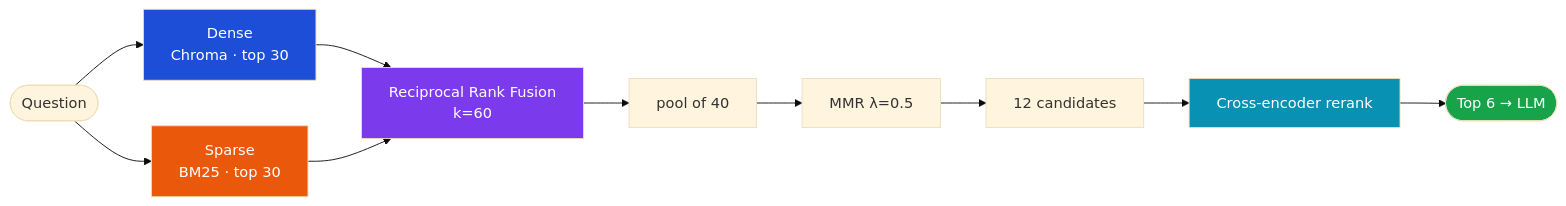
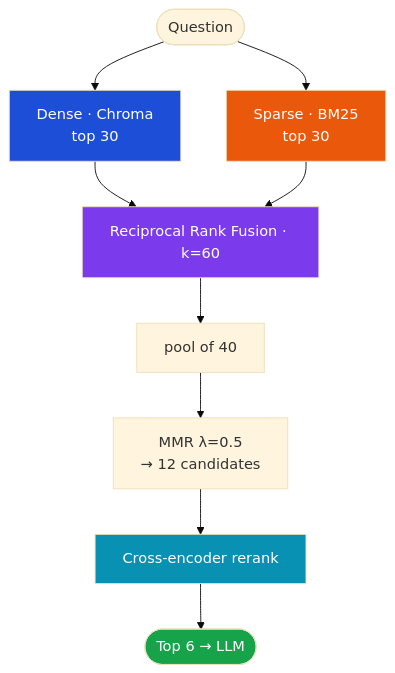
Before and after one commit to sairamsrujan/RepoMind: the first of 2 diagrams in README.md, drawn with Mermaid (base theme). The commit also changed other lines of this file and 12 other files, not shown here.

Commit message:
Redraw the architecture as hand-laid SVG in three aspect ratios

````diff
--- a/README.md
+++ b/README.md
@@ -130,18 +101,17 @@
 ```mermaid
-flowchart LR
-    Q([Question]) --> D["Dense<br/>Chroma · top 30"]
-    Q --> S["Sparse<br/>BM25 · top 30"]
-    D --> R["Reciprocal Rank Fusion<br/>k=60"]
+flowchart TB
+    Q([Question]) --> D["Dense · Chroma<br/>top 30"]
+    Q --> S["Sparse · BM25<br/>top 30"]
+    D --> R["Reciprocal Rank Fusion · k=60"]
     S --> R
     R --> P["pool of 40"]
-    P --> M["MMR λ=0.5"]
-    M --> T["12 candidates"]
-    T --> X["Cross-encoder rerank"]
+    P --> M["MMR λ=0.5<br/>→ 12 candidates"]
+    M --> X["Cross-encoder rerank"]
     X --> F([Top 6 → LLM])
 
     style D fill:#1d4ed8,color:#fff
     style S fill:#ea580c,color:#fff
     style R fill:#7c3aed,color:#fff
     style X fill:#0891b2,color:#fff
     style F fill:#16a34a,color:#fff
 ```
````
